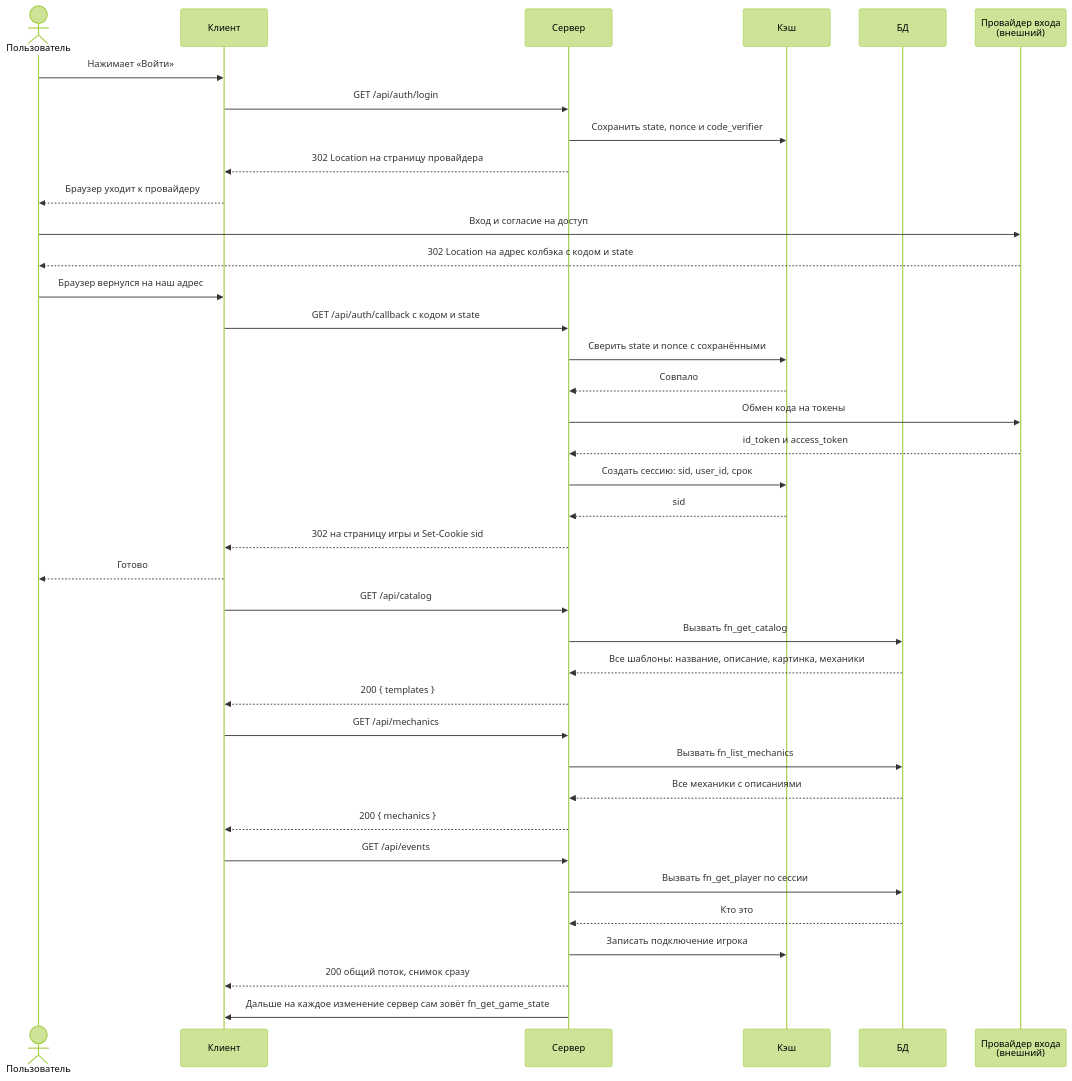
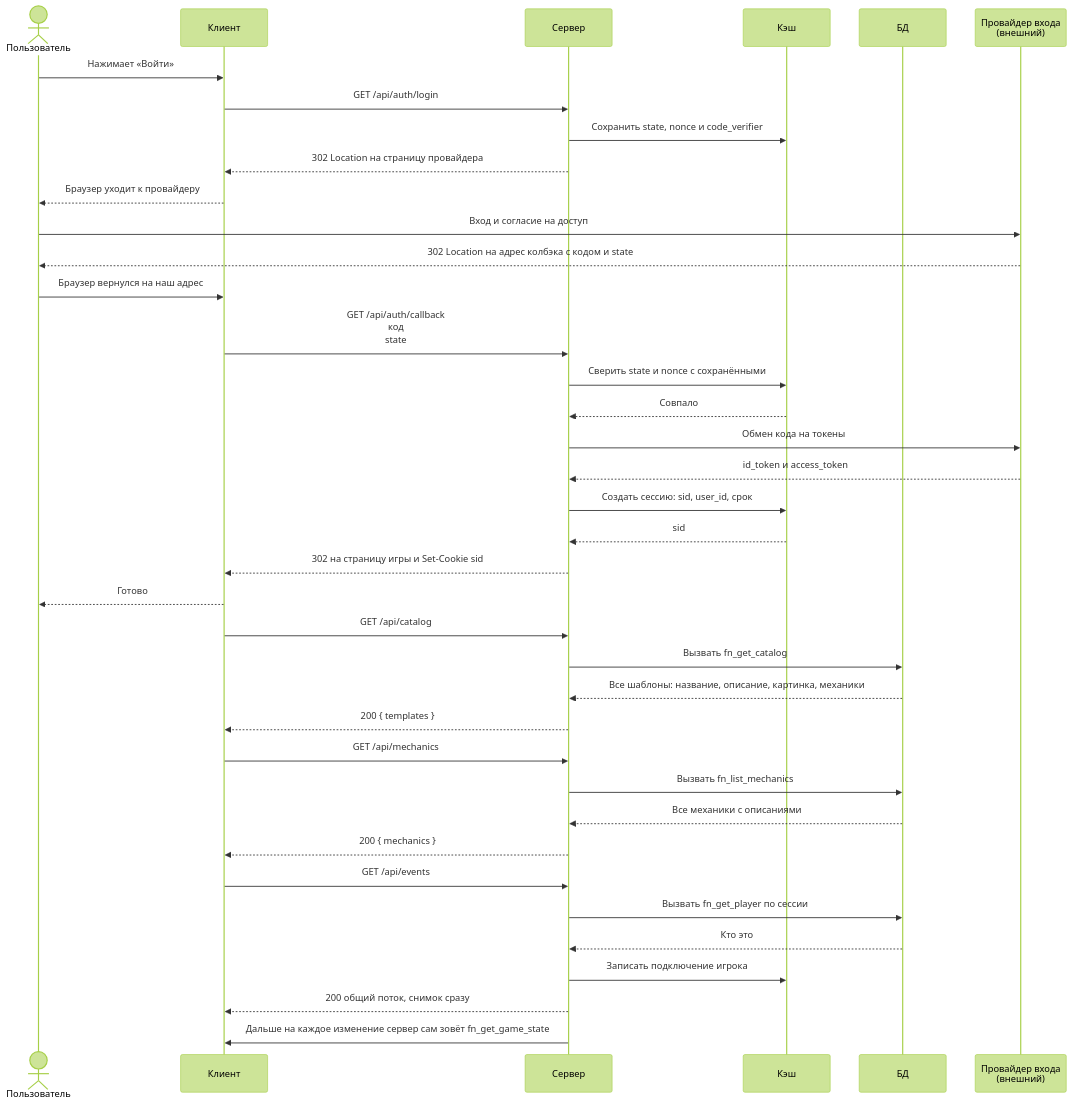
One commit to docup1/edin-game changed the diagram in diagrams/auth.mmd. Above: the diagram before and after it, drawn with Mermaid (forest theme). The commit also changed 3 other files, not shown here.

```diff
--- a/diagrams/auth.mmd
+++ b/diagrams/auth.mmd
@@ -1,62 +1,62 @@
 %% Вход через OIDC. Все переходы делает браузер, а не клиентский код.
 %% В коде клиента ни одного редиректа нет - страницу провайдера открывает браузер.
 %% Cookie: HttpOnly, Secure, SameSite=Lax. Дальше клиент прикладывает её сам,
 %% в базу ходит только сервер. Повторный вход при живом sid ничего не делает.
 sequenceDiagram
     actor U as Пользователь
     participant C as Клиент
     participant S as Сервер
     participant K as Кэш
     participant D as БД
     participant P as Провайдер входа<br/>(внешний)
 
     U->>C: Нажимает «Войти»
     C->>S: GET /api/auth/login
     S->>K: Сохранить state, nonce и code_verifier
     S-->>C: 302 Location на страницу провайдера
     C-->>U: Браузер уходит к провайдеру
 
     U->>P: Вход и согласие на доступ
     P-->>U: 302 Location на адрес колбэка с кодом и state
     U->>C: Браузер вернулся на наш адрес
 
-    C->>S: GET /api/auth/callback с кодом и state
+    C->>S: GET /api/auth/callback<br/>код<br/>state
     S->>K: Сверить state и nonce с сохранёнными
     K-->>S: Совпало
     S->>P: Обмен кода на токены
     P-->>S: id_token и access_token
     S->>K: Создать сессию: sid, user_id, срок
     K-->>S: sid
     S-->>C: 302 на страницу игры и Set-Cookie sid
     C-->>U: Готово
 
     C->>S: GET /api/catalog
     S->>D: Вызвать fn_get_catalog
     D-->>S: Все шаблоны: название, описание, картинка, механики
     S-->>C: 200 { templates }
 
     C->>S: GET /api/mechanics
     S->>D: Вызвать fn_list_mechanics
     D-->>S: Все механики с описаниями
     S-->>C: 200 { mechanics }
 
     C->>S: GET /api/events
     S->>D: Вызвать fn_get_player по сессии
     D-->>S: Кто это
     S->>K: Записать подключение игрока
     S-->>C: 200 общий поток, снимок сразу
     S->>C: Дальше на каждое изменение сервер сам зовёт fn_get_game_state
 
     %% В адресе авторизации: response_type=code, client_id, redirect_uri,
     %% state, nonce, code_challenge и code_challenge_method=S256.
     %% Обмен кода на токены: code плюс code_verifier, redirect_uri, client_id
     %% и client_secret. Сверка state закрывает подделку колбэка, код одноразовый.
     %% Сервер проверяет подпись токена по ключам провайдера, issuer, audience,
     %% срок и nonce. Токен наружу не отдаётся и в базе не хранится.
     %% Справочники статичные: клиент грузит их один раз и кэширует.
     %% Поток один на сессию, без {game_id}. Он несёт и лобби, и состояние
     %% партии, поэтому при входе в другую партию переподключаться не нужно.
     %% Состояние всегда полное и приходит при любом изменении, отдельных
     %% событий про карты и ходы нет. Все факты лежат в базе, кэш держит только
     %% подключения, поэтому перезапуск сервера ничего не теряет.
     %% Каталог не меняется в ходе партии, поэтому клиент рисует карты сам.
```
